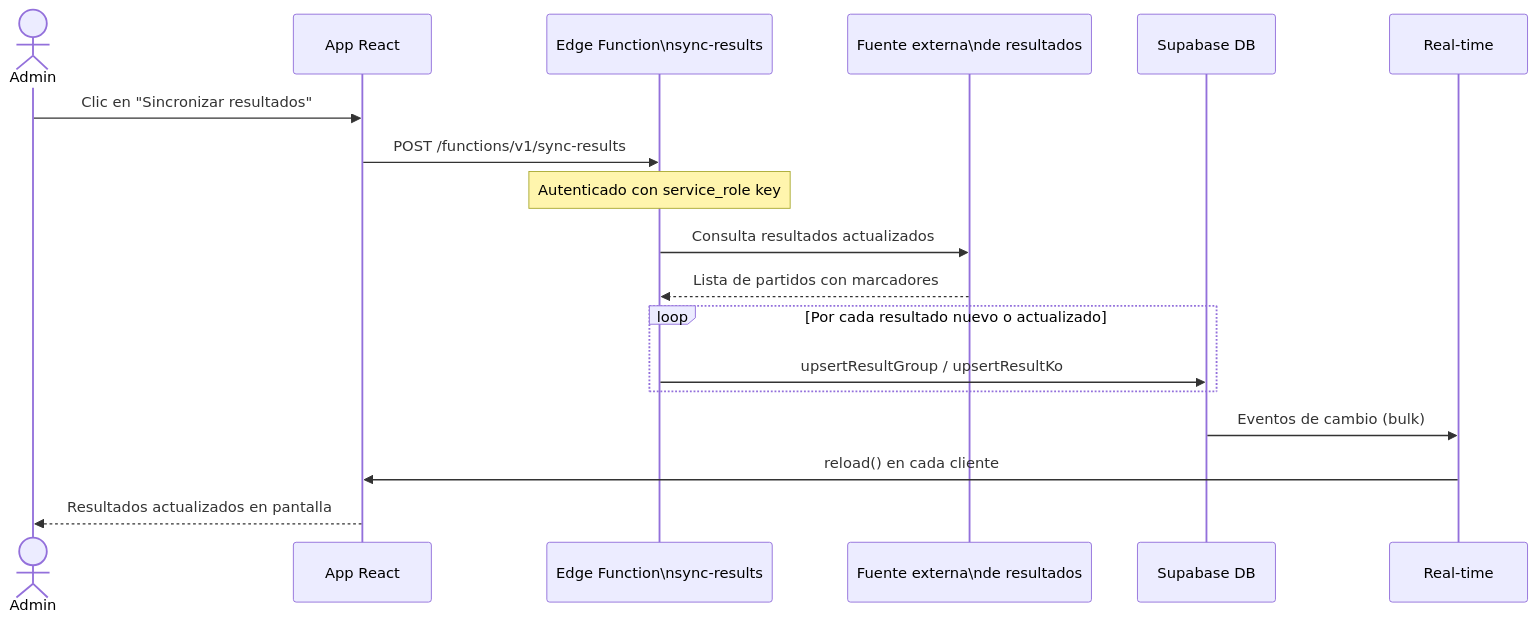
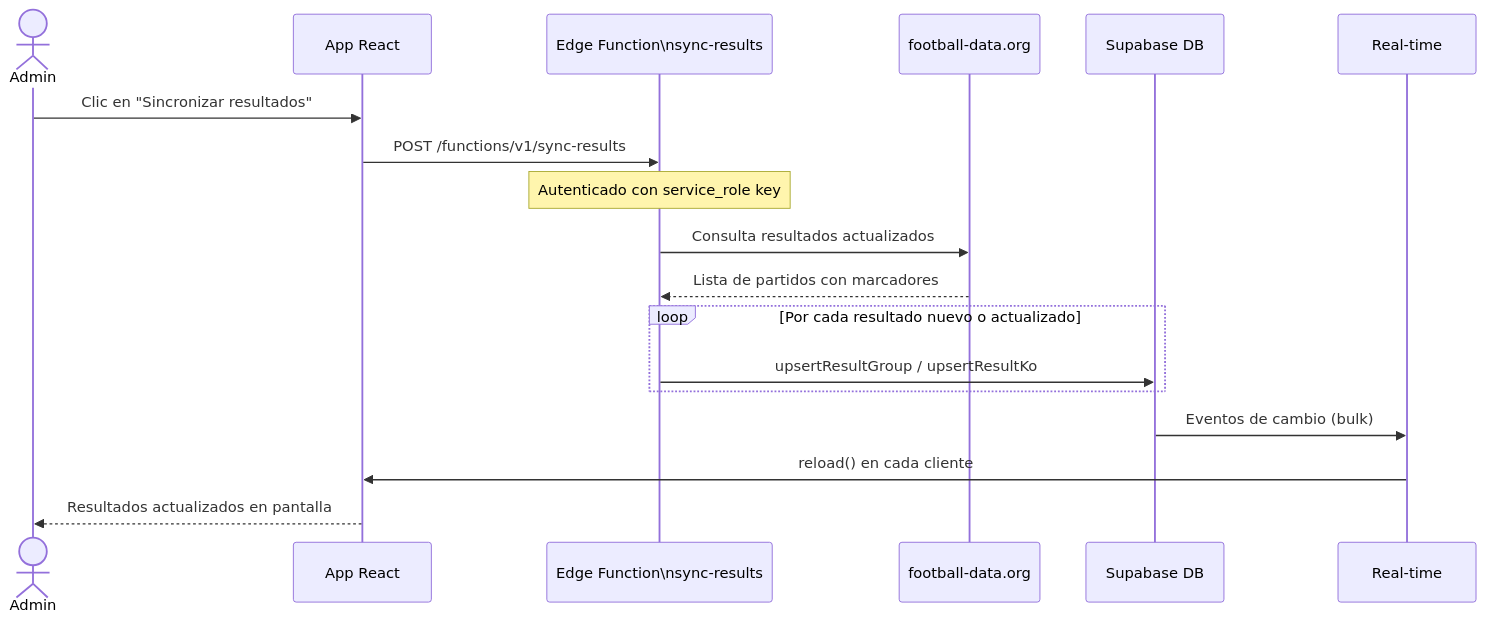
The third of 3 diagrams in docs/architecture/sequences/admin-flow.md (JEnriquePS/eb-fifa), drawn with Mermaid before and after one commit. The commit also changed other lines of this file and 5 other files, not shown here.

First line of the commit message:
docs: update diagrams and guides to reflect schema and auth changes

````diff
--- a/docs/architecture/sequences/admin-flow.md
+++ b/docs/architecture/sequences/admin-flow.md
@@ -70,24 +70,24 @@
 ```mermaid
 sequenceDiagram
     actor A as Admin
     participant App as App React
     participant EF as Edge Function\nsync-results
-    participant Ext as Fuente externa\nde resultados
+    participant Ext as football-data.org
     participant SB as Supabase DB
     participant RT as Real-time
 
     A->>App: Clic en "Sincronizar resultados"
     App->>EF: POST /functions/v1/sync-results
     Note over EF: Autenticado con service_role key
 
     EF->>Ext: Consulta resultados actualizados
     Ext-->>EF: Lista de partidos con marcadores
 
     loop Por cada resultado nuevo o actualizado
         EF->>SB: upsertResultGroup / upsertResultKo
     end
 
     SB->>RT: Eventos de cambio (bulk)
     RT->>App: reload() en cada cliente
     App-->>A: Resultados actualizados en pantalla
 ```
````
